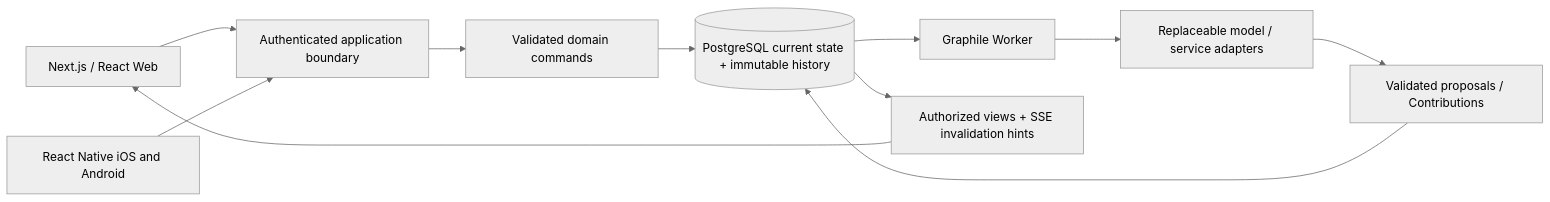
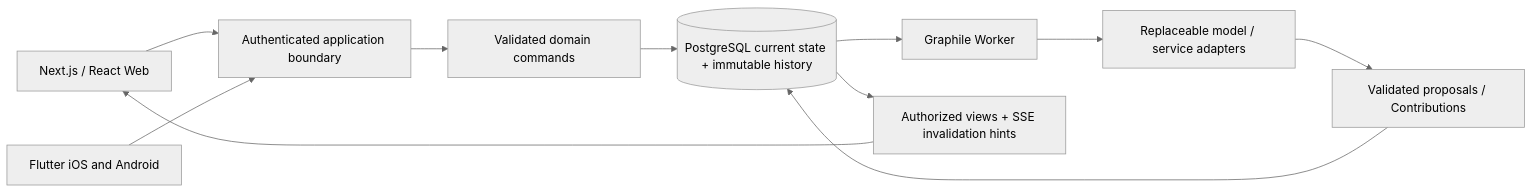
The diagram in README.md (Riccardo-RG/rimiam-chat), drawn with Mermaid (neutral theme) before and after one commit. The commit also changed other lines of this file and 399 other files, not shown here.

Commit message:
Ship Web chat fixes and replace the mobile frontend with Flutter [skip render]

````diff
--- a/README.md
+++ b/README.md
@@ -29,13 +29,13 @@
 ```mermaid
 flowchart LR
     Web[Next.js / React Web] --> API[Authenticated application boundary]
-    Mobile[React Native iOS and Android] --> API
+    Mobile[Flutter iOS and Android] --> API
     API --> Commands[Validated domain commands]
     Commands --> PG[(PostgreSQL current state + immutable history)]
     PG --> Worker[Graphile Worker]
     Worker --> Models[Replaceable model / service adapters]
     Models --> Candidates[Validated proposals / Contributions]
     Candidates --> PG
     PG --> Reads[Authorized views + SSE invalidation hints]
     Reads --> Web
 ```
````
